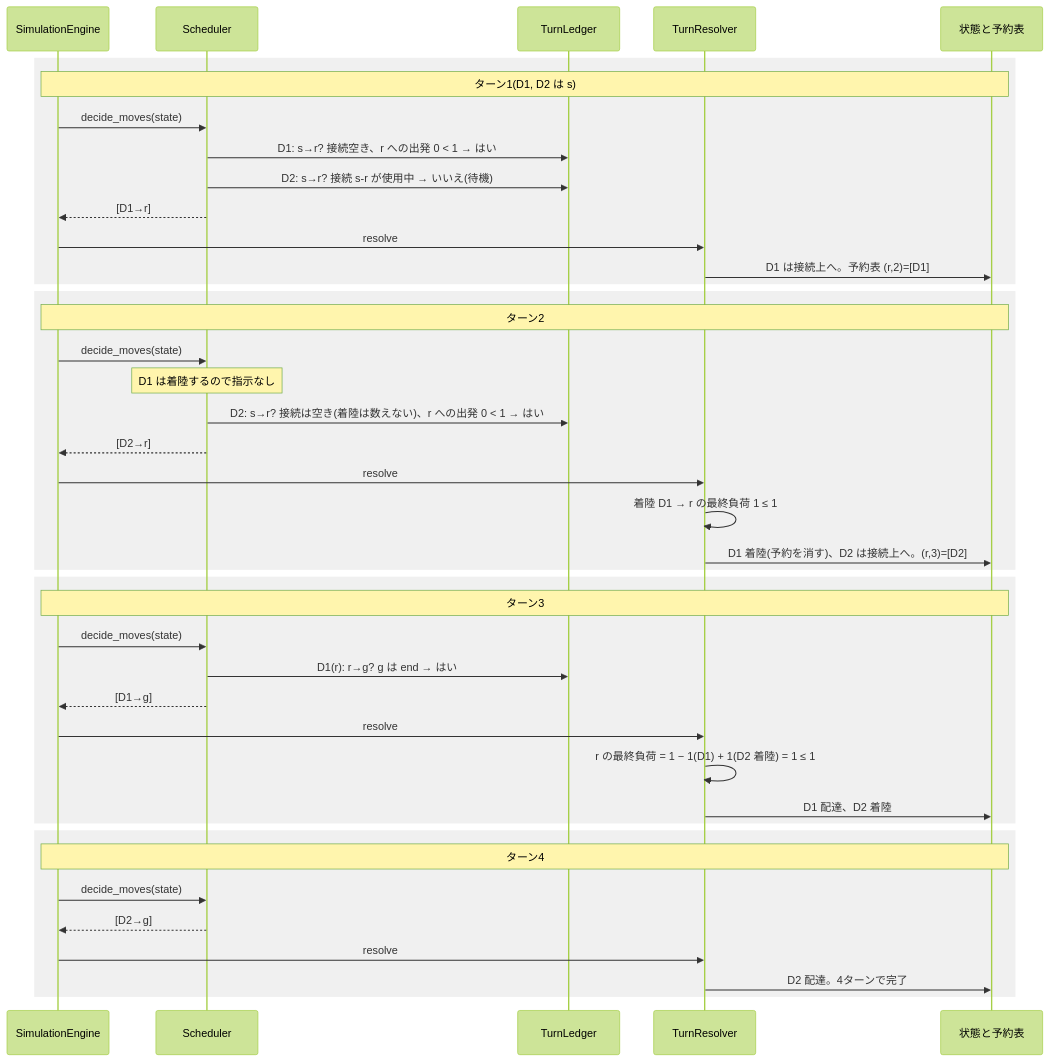
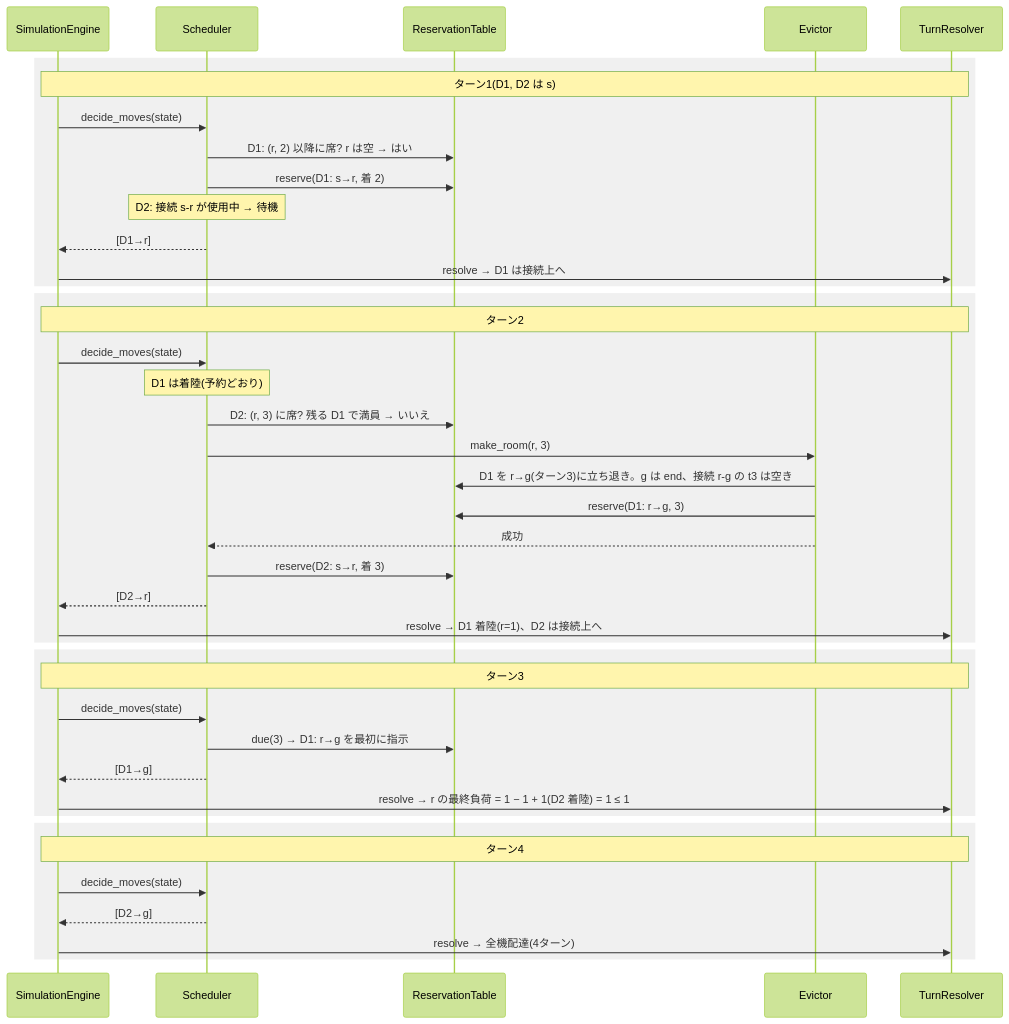
One commit to saikawakiruya-droid/fly_in changed the second of 3 diagrams in docs/research/2026-10-18_design-timed-reservation.md. Above: the diagram before and after it, drawn with Mermaid (forest theme). The commit also changed other lines of this file and 1 other file, not shown here.

Commit message:
Refine the reservation design with evictions recorded in the same table

````diff
--- a/docs/research/2026-10-18_design-timed-reservation.md
+++ b/docs/research/2026-10-18_design-timed-reservation.md
@@ -194,44 +224,44 @@
 ```mermaid
 sequenceDiagram
     participant Eng as SimulationEngine
     participant Sch as Scheduler
-    participant Led as TurnLedger
+    participant Tab as ReservationTable
+    participant Ev as Evictor
     participant Res as TurnResolver
-    participant St as 状態と予約表
 
     rect rgb(240, 240, 240)
-    Note over Eng,St: ターン1(D1, D2 は s)
+    Note over Eng,Res: ターン1(D1, D2 は s)
     Eng->>Sch: decide_moves(state)
-    Sch->>Led: D1: s→r? 接続空き、r への出発 0 < 1 → はい
-    Sch->>Led: D2: s→r? 接続 s-r が使用中 → いいえ(待機)
+    Sch->>Tab: D1: (r, 2) 以降に席? r は空 → はい
+    Sch->>Tab: reserve(D1: s→r, 着 2)
+    Note over Sch: D2: 接続 s-r が使用中 → 待機
     Sch-->>Eng: [D1→r]
-    Eng->>Res: resolve
-    Res->>St: D1 は接続上へ。予約表 (r,2)=[D1]
+    Eng->>Res: resolve → D1 は接続上へ
     end
     rect rgb(240, 240, 240)
-    Note over Eng,St: ターン2
+    Note over Eng,Res: ターン2
     Eng->>Sch: decide_moves(state)
-    Note over Sch: D1 は着陸するので指示なし
-    Sch->>Led: D2: s→r? 接続は空き(着陸は数えない)、r への出発 0 < 1 → はい
+    Note over Sch: D1 は着陸(予約どおり)
+    Sch->>Tab: D2: (r, 3) に席? 残る D1 で満員 → いいえ
+    Sch->>Ev: make_room(r, 3)
+    Ev->>Tab: D1 を r→g(ターン3)に立ち退き。g は end、接続 r-g の t3 は空き
+    Ev->>Tab: reserve(D1: r→g, 3)
+    Ev-->>Sch: 成功
+    Sch->>Tab: reserve(D2: s→r, 着 3)
     Sch-->>Eng: [D2→r]
-    Eng->>Res: resolve
-    Res->>Res: 着陸 D1 → r の最終負荷 1 ≤ 1
-    Res->>St: D1 着陸(予約を消す)、D2 は接続上へ。(r,3)=[D2]
+    Eng->>Res: resolve → D1 着陸(r=1)、D2 は接続上へ
     end
     rect rgb(240, 240, 240)
-    Note over Eng,St: ターン3
+    Note over Eng,Res: ターン3
     Eng->>Sch: decide_moves(state)
-    Sch->>Led: D1(r): r→g? g は end → はい
+    Sch->>Tab: due(3) → D1: r→g を最初に指示
     Sch-->>Eng: [D1→g]
-    Eng->>Res: resolve
-    Res->>Res: r の最終負荷 = 1 − 1(D1) + 1(D2 着陸) = 1 ≤ 1
-    Res->>St: D1 配達、D2 着陸
+    Eng->>Res: resolve → r の最終負荷 = 1 − 1 + 1(D2 着陸) = 1 ≤ 1
     end
     rect rgb(240, 240, 240)
-    Note over Eng,St: ターン4
+    Note over Eng,Res: ターン4
     Eng->>Sch: decide_moves(state)
     Sch-->>Eng: [D2→g]
-    Eng->>Res: resolve
-    Res->>St: D2 配達。4ターンで完了
+    Eng->>Res: resolve → 全機配達(4ターン)
     end
 ```
````
